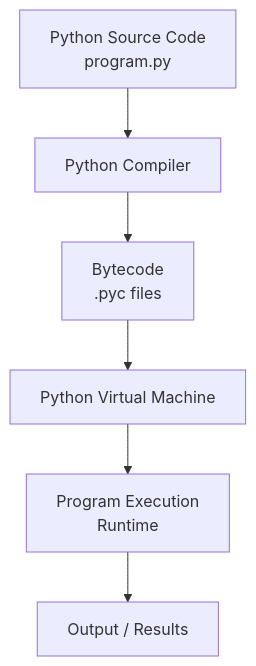
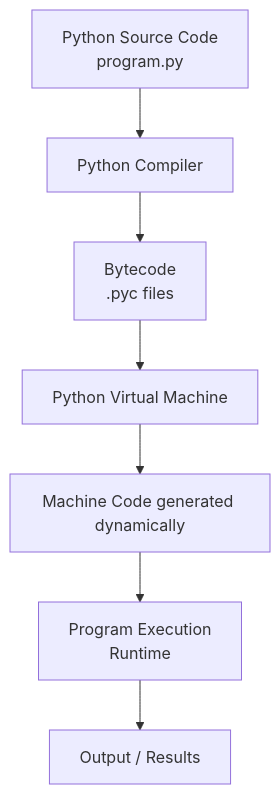
Before and after one commit to didattica/CodeCompendium: the first of 2 diagrams in cs-for-math-students/01-d-runtime_vs_compiletime.md, drawn with Mermaid. The commit also changed other lines of this file, not shown here.

````diff
--- a/cs-for-math-students/01-d-runtime_vs_compiletime.md
+++ b/cs-for-math-students/01-d-runtime_vs_compiletime.md
@@ -180,13 +202,15 @@
 ```mermaid
 flowchart TD
 
 A[Python Source Code<br>program.py] --> B[Python Compiler]
 
 B --> C[Bytecode<br>.pyc files]
 
 C --> D[Python Virtual Machine]
 
-D --> E[Program Execution<br>Runtime]
+D --> E[Machine Code generated dynamically]
 
-E --> F[Output / Results]
+E --> F[Program Execution<br>Runtime]
+
+F --> G[Output / Results]
 ```
````
